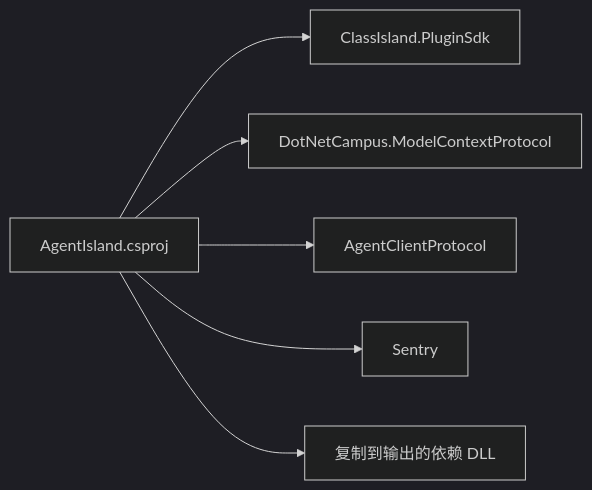
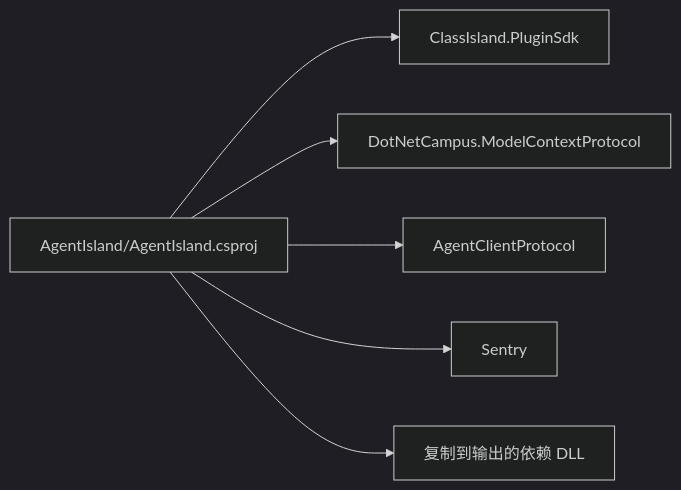
Before and after one commit to ShihaoShenDev/AgentIsland: the third of 3 diagrams in .qoder/repowiki/zh/content/开发指南/环境搭建.md, drawn with Mermaid (dark theme). The commit also changed other lines of this file and 31 other files, not shown here.

````diff
--- a/.qoder/repowiki/zh/content/开发指南/环境搭建.md
+++ b/.qoder/repowiki/zh/content/开发指南/环境搭建.md
@@ -170,8 +170,8 @@
 ```mermaid
 graph LR
-P["AgentIsland.csproj"] --> Sdk["ClassIsland.PluginSdk"]
+P["AgentIsland/AgentIsland.csproj"] --> Sdk["ClassIsland.PluginSdk"]
 P --> Mcp["DotNetCampus.ModelContextProtocol"]
 P --> Acp["AgentClientProtocol"]
 P --> Sen["Sentry"]
 P --> Out["复制到输出的依赖 DLL"]
 ```
````
